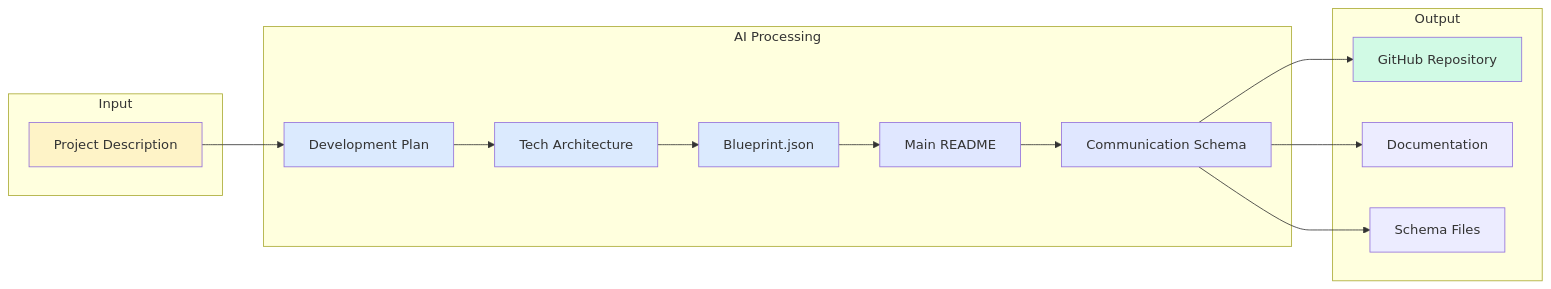
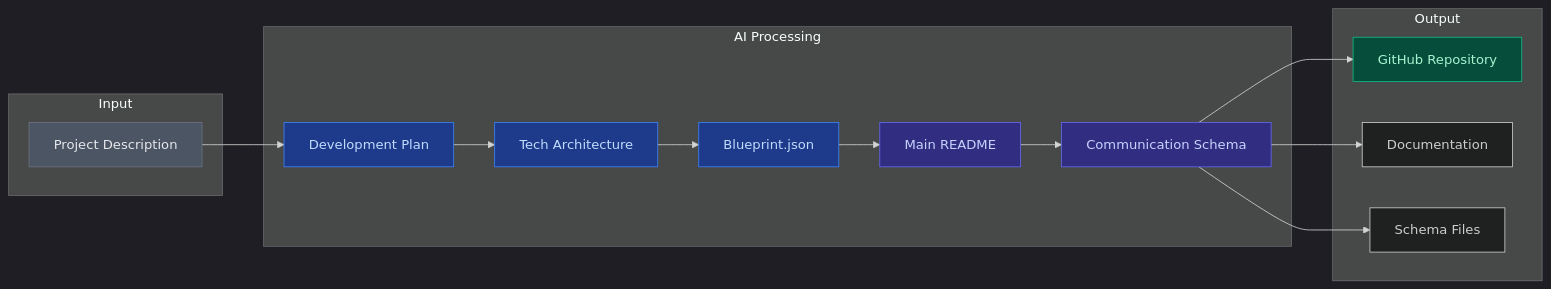
One commit to Tim-Spurlin/MaxaMem changed the fifth of 6 diagrams in README.md. Above: the diagram before and after it, drawn with Mermaid. The commit also changed other lines of this file, not shown here.

````diff
--- a/README.md
+++ b/README.md
@@ -365,38 +369,39 @@
 ```mermaid
+%%{init: {'theme':'dark'}}%%
 graph LR
     subgraph "Input"
         DESC[Project Description]
     end
     
     subgraph "AI Processing"
         GPT1[Development Plan]
         GPT2[Tech Architecture]
         GPT3[Blueprint.json]
         CL1[Main README]
         CL2[Communication Schema]
     end
     
     subgraph "Output"
         REPO[GitHub Repository]
         DOCS[Documentation]
         SCHEMA[Schema Files]
     end
     
     DESC --> GPT1
     GPT1 --> GPT2
     GPT2 --> GPT3
     GPT3 --> CL1
     CL1 --> CL2
     
     CL2 --> REPO
     CL2 --> DOCS
     CL2 --> SCHEMA
     
-    style DESC fill:#FEF3C7
-    style GPT1 fill:#DBEAFE
-    style GPT2 fill:#DBEAFE
-    style GPT3 fill:#DBEAFE
-    style CL1 fill:#E0E7FF
-    style CL2 fill:#E0E7FF
-    style REPO fill:#D1FAE5
+    style DESC fill:#4B5563,stroke:#6B7280,color:#E5E7EB
+    style GPT1 fill:#1E3A8A,stroke:#3B82F6,color:#BFDBFE
+    style GPT2 fill:#1E3A8A,stroke:#3B82F6,color:#BFDBFE
+    style GPT3 fill:#1E3A8A,stroke:#3B82F6,color:#BFDBFE
+    style CL1 fill:#312E81,stroke:#6366F1,color:#C7D2FE
+    style CL2 fill:#312E81,stroke:#6366F1,color:#C7D2FE
+    style REPO fill:#064E3B,stroke:#10B981,color:#A7F3D0
 ```
````
